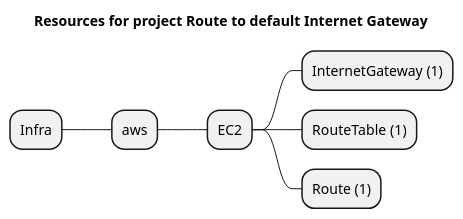
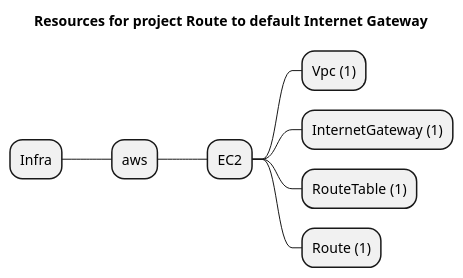
The diagram in examples/aws/ec2/route-table-igw-default/artifacts/resources-mindmap.puml (grucloud/grucloud), drawn with PlantUML before and after one commit. The commit also changed 143 other files, not shown here.

```diff
--- a/examples/aws/ec2/route-table-igw-default/artifacts/resources-mindmap.puml
+++ b/examples/aws/ec2/route-table-igw-default/artifacts/resources-mindmap.puml
@@ -1,10 +1,11 @@
 @startmindmap
 title Resources for project Route to default Internet Gateway
 skinparam monochrome true
 + Infra
 ++ aws
 +++ EC2
+++++ Vpc (1)
 ++++ InternetGateway (1)
 ++++ RouteTable (1)
 ++++ Route (1)
 @endmindmap
```
